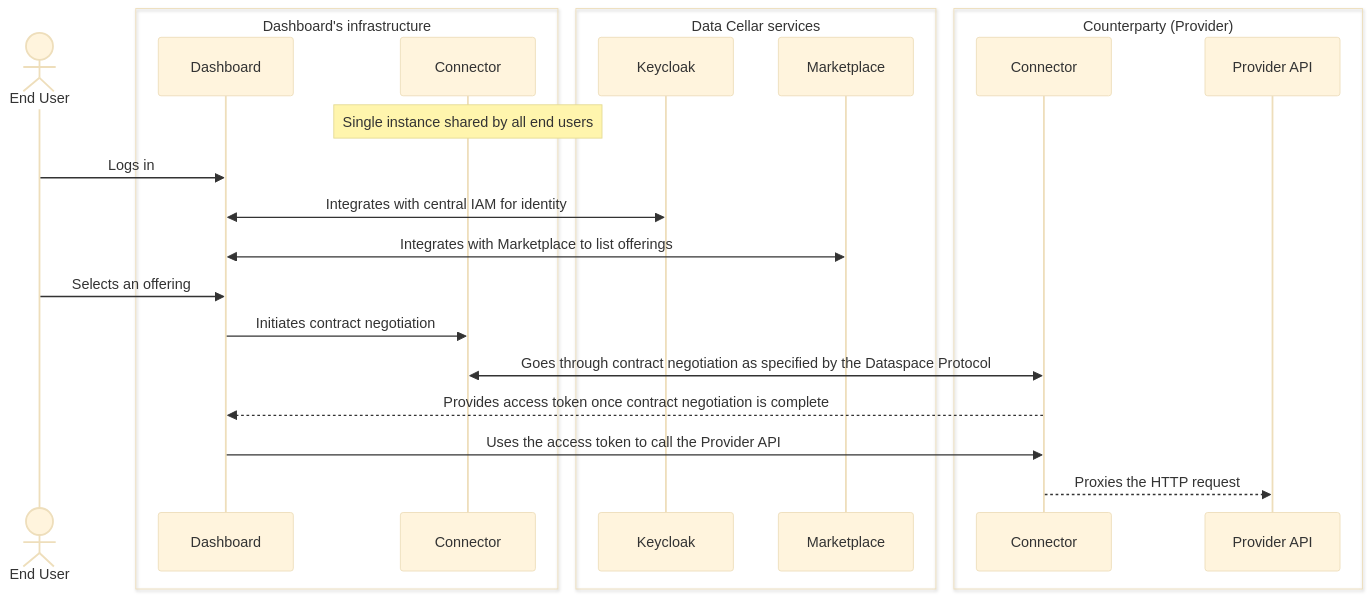
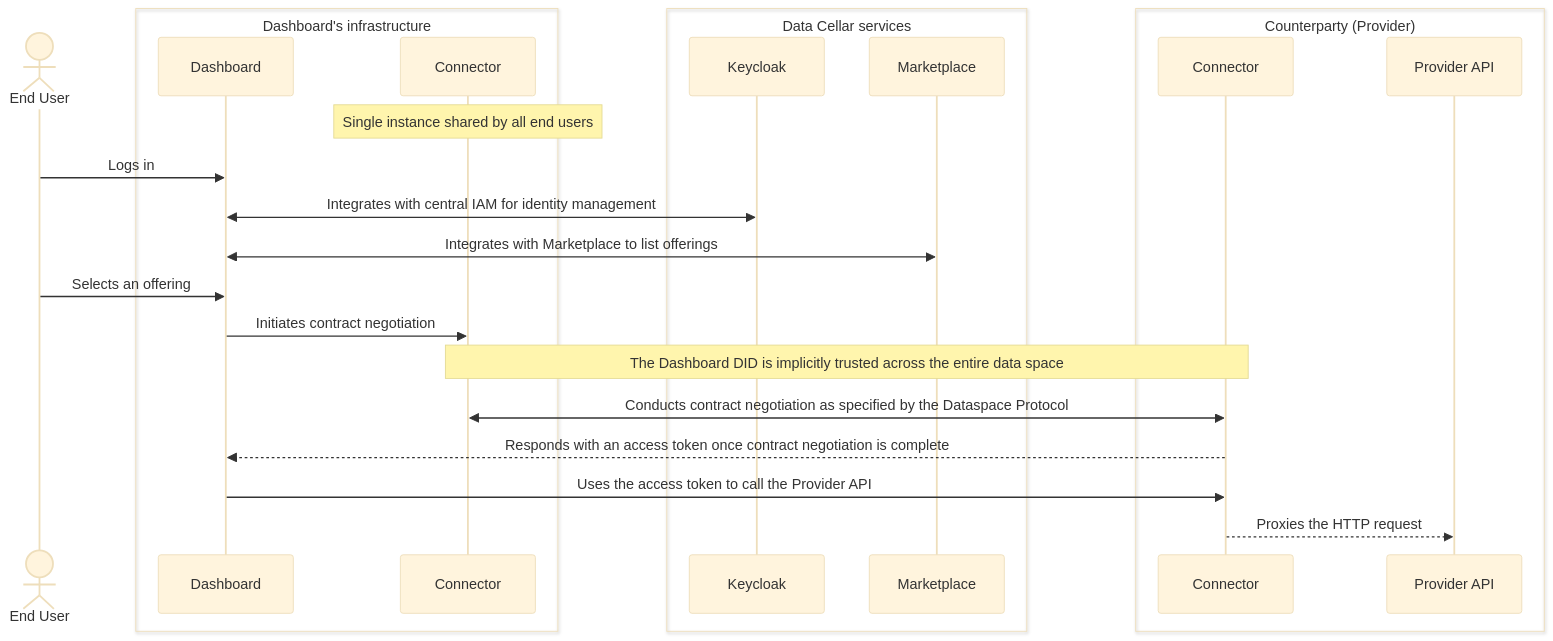
The third of 3 diagrams in README.md (Data-Cellar/sequence-diagrams), drawn with Mermaid (base theme) before and after one commit. The commit also changed other lines of this file, not shown here.

````diff
--- a/README.md
+++ b/README.md
@@ -85,26 +91,27 @@
 ```mermaid
 sequenceDiagram
     actor USR as End User
     box Dashboard's infrastructure
     participant DAS as Dashboard
     participant DBC as Connector
     end
     Note over DBC: Single instance shared by all end users
     box Data Cellar services
     participant IAM as Keycloak
     participant MKP as Marketplace
     end
     box Counterparty (Provider)
     participant PVC as Connector
     participant PAP as Provider API
     end
     USR->>DAS: Logs in
-    DAS<<->>IAM: Integrates with central IAM for identity
+    DAS<<->>IAM: Integrates with central IAM for identity management
     DAS<<->>MKP: Integrates with Marketplace to list offerings
     USR->>DAS: Selects an offering
     DAS->>DBC: Initiates contract negotiation
-    DBC<<->>PVC: Goes through contract negotiation as specified by the Dataspace Protocol
-    PVC-->>DAS: Provides access token once contract negotiation is complete
+    Note over DBC, PVC: The Dashboard DID is implicitly trusted across the entire data space
+    DBC<<->>PVC: Conducts contract negotiation as specified by the Dataspace Protocol
+    PVC-->>DAS: Responds with an access token once contract negotiation is complete
     DAS->>PVC: Uses the access token to call the Provider API
     PVC-->>PAP: Proxies the HTTP request
 ```
````
